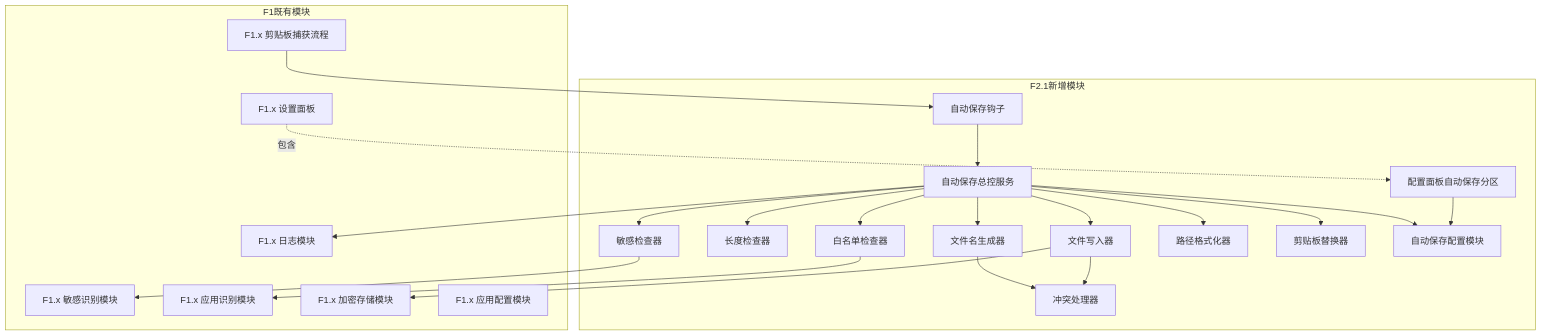
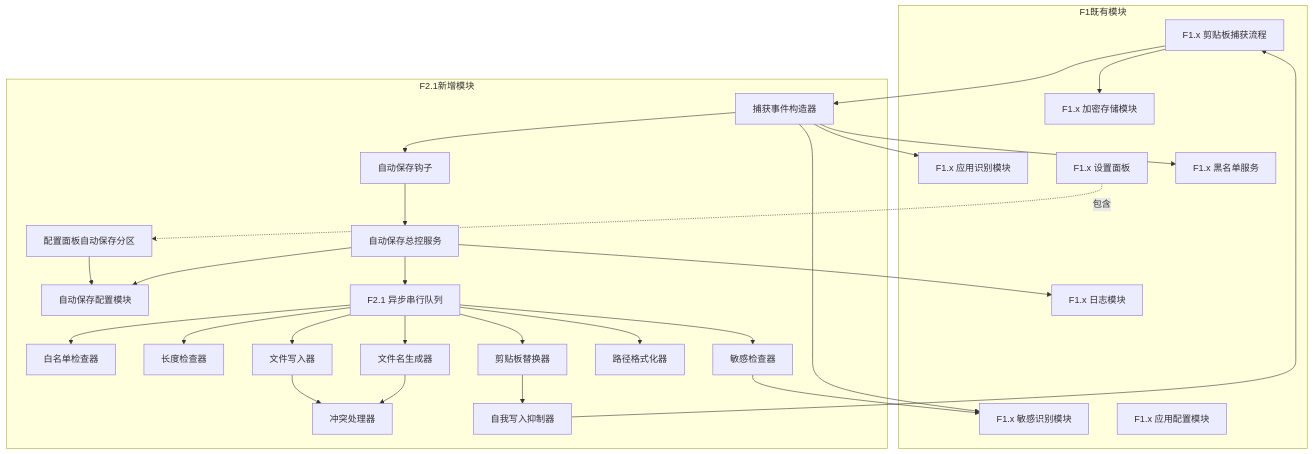
Before and after one commit to marcocpt/ClipMind: the first of 6 diagrams in docs/planning/P1/F2.1/F2.1_自动保存到文件_设计文档.md, drawn with Mermaid. The commit also changed other lines of this file and 3 other files, not shown here.

First line of the commit message:
docs(F2.1): revise specs based on 24 architecture decisions

````diff
--- a/docs/planning/P1/F2.1/F2.1_自动保存到文件_设计文档.md
+++ b/docs/planning/P1/F2.1/F2.1_自动保存到文件_设计文档.md
@@ -48,46 +48,56 @@
 ```mermaid
 graph TB
     subgraph F1既有模块
         A1[F1.x 剪贴板捕获流程]
         A2[F1.x 敏感识别模块]
         A3[F1.x 应用识别模块]
         A4[F1.x 加密存储模块]
         A5[F1.x 应用配置模块]
         A6[F1.x 日志模块]
         A7[F1.x 设置面板]
+        A8[F1.x 黑名单服务]
     end
 
     subgraph F2.1新增模块
+        B0[捕获事件构造器]
         B1[自动保存钩子]
         B2[自动保存总控服务]
         B3[白名单检查器]
         B4[长度检查器]
         B5[敏感检查器]
         B6[文件名生成器]
         B7[冲突处理器]
         B8[文件写入器]
         B9[路径格式化器]
         B10[剪贴板替换器]
-        B11[自动保存配置模块]
-        B12[配置面板自动保存分区]
+        B11[自我写入抑制器]
+        B12[自动保存配置模块]
+        B13[配置面板自动保存分区]
+        B14[F2.1 异步串行队列]
     end
 
-    A1 --> B1
+    A1 --> B0
+    B0 --> B1
     B1 --> B2
-    B2 --> B3
-    B2 --> B4
-    B2 --> B5
-    B2 --> B6
+    B2 --> B14
+    B14 --> B3
+    B14 --> B4
+    B14 --> B5
+    B14 --> B6
     B6 --> B7
-    B2 --> B8
+    B14 --> B8
     B8 --> B7
-    B2 --> B9
-    B2 --> B10
-    B2 --> B11
-    B12 --> B11
-    A7 -.包含.-> B12
-    B3 --> A3
+    B14 --> B9
+    B14 --> B10
+    B10 --> B11
+    B11 --> A1
+    B2 --> B12
+    B13 --> B12
+    A7 -.包含.-> B13
+    B0 --> A3
+    B0 --> A2
+    B0 --> A8
     B5 --> A2
     B2 --> A6
-    B8 --> A4
+    A1 --> A4
 ```
````
